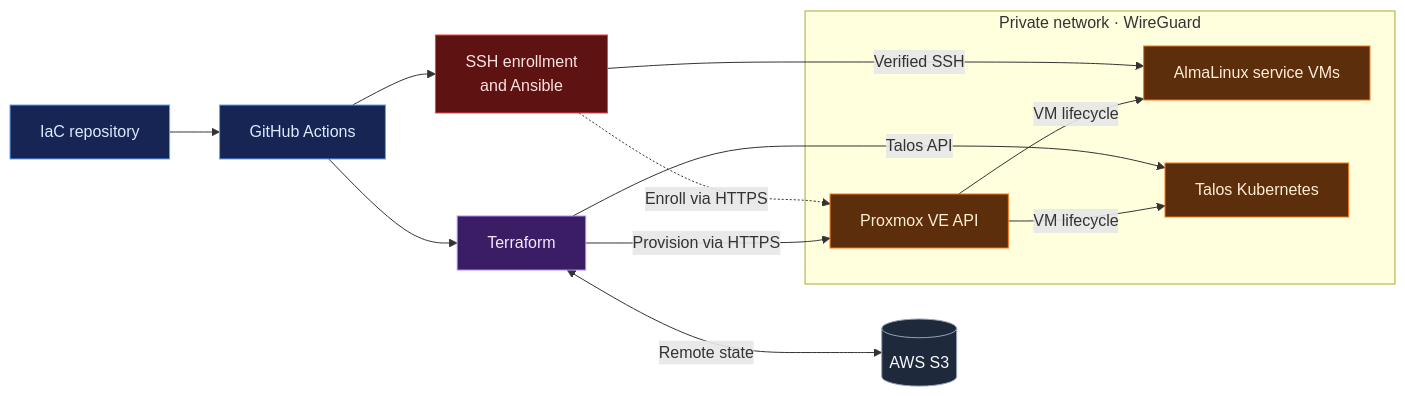
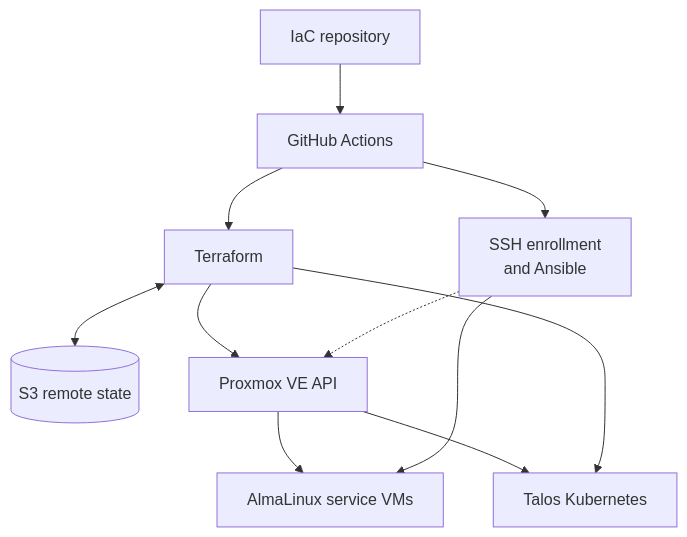
One commit to rauland/iac changed the diagram in README.md. Above: the diagram before and after it, drawn with Mermaid. The commit also changed other lines of this file, not shown here.

Commit message:
docs: make architecture diagram readable on GitHub

````diff
--- a/README.md
+++ b/README.md
@@ -9,32 +9,13 @@
 ```mermaid
-flowchart LR
+flowchart TB
     repo["IaC repository"] --> actions["GitHub Actions"]
     actions --> terraform["Terraform"]
     actions --> ansible["SSH enrollment<br/>and Ansible"]
-    terraform <-->|Remote state| state[("AWS S3")]
-
-    subgraph private["Private network · WireGuard"]
-        proxmox["Proxmox VE API"]
-        vms["AlmaLinux service VMs"]
-        talos["Talos Kubernetes"]
-        proxmox -->|VM lifecycle| vms
-        proxmox -->|VM lifecycle| talos
-    end
-
-    terraform -->|Provision via HTTPS| proxmox
-    terraform -->|Talos API| talos
-    ansible -.->|Enroll via HTTPS| proxmox
-    ansible -->|Verified SSH| vms
-
-    classDef automation fill:#172554,stroke:#60A5FA,color:#DBEAFE
-    classDef provisioning fill:#3B1D66,stroke:#A78BFA,color:#F3E8FF
-    classDef configuration fill:#5F1212,stroke:#EF4444,color:#FEE2E2
-    classDef storage fill:#1E293B,stroke:#94A3B8,color:#F8FAFC
-    classDef infrastructure fill:#5C2E0B,stroke:#F97316,color:#FFEDD5
-
-    class repo,actions automation
-    class terraform provisioning
-    class ansible configuration
-    class state storage
-    class proxmox,vms,talos infrastructure
+    terraform <--> state[("S3 remote state")]
+    terraform --> proxmox["Proxmox VE API"]
+    ansible -.-> proxmox
+    proxmox --> vms["AlmaLinux service VMs"]
+    proxmox --> talos["Talos Kubernetes"]
+    terraform --> talos
+    ansible --> vms
 ```
````
